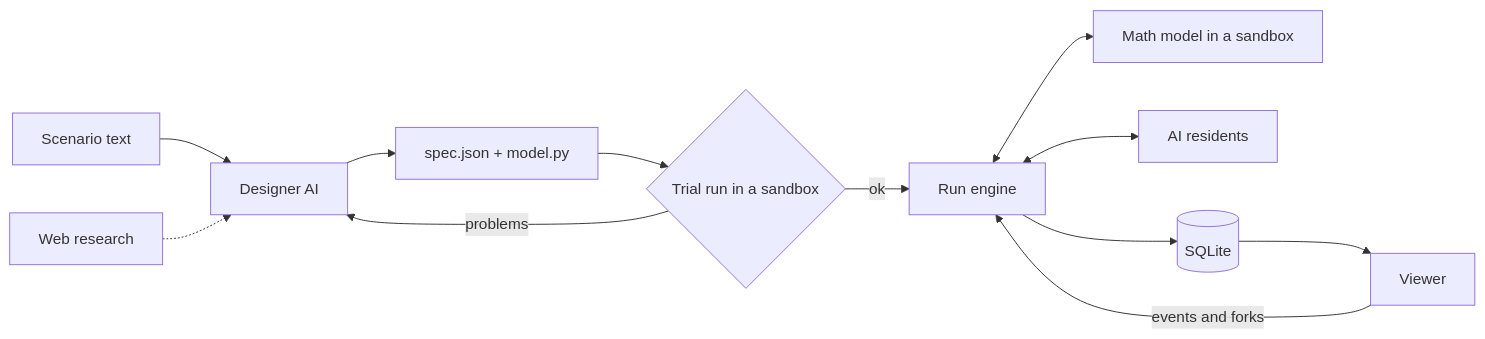
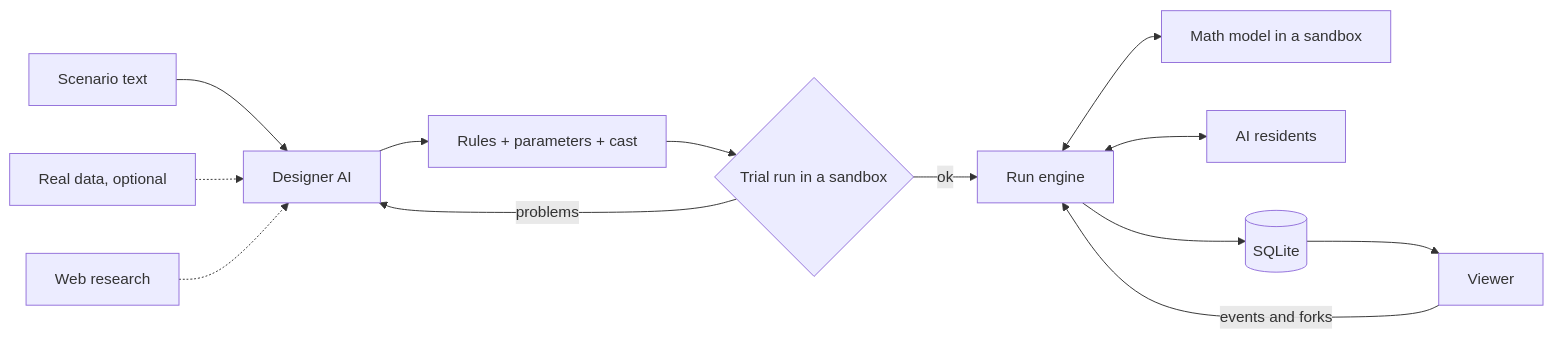
One commit to i-icc/hakoniwa changed the diagram in README.md. Above: the diagram before and after it, drawn with Mermaid. The commit also changed other lines of this file and 83 other files, not shown here.

````diff
--- a/README.md
+++ b/README.md
@@ -72,14 +95,15 @@
 ```mermaid
 flowchart LR
   S[Scenario text] --> D[Designer AI]
+  R[Real data, optional] -.-> D
   W[Web research] -.-> D
-  D --> M[spec.json + model.py]
+  D --> M[Rules + parameters + cast]
   M --> V{Trial run in a sandbox}
   V -- problems --> D
   V -- ok --> E[Run engine]
   E <--> X[Math model in a sandbox]
   E <--> A[AI residents]
   E --> DB[(SQLite)]
   DB --> U[Viewer]
   U -- events and forks --> E
 ```
````
